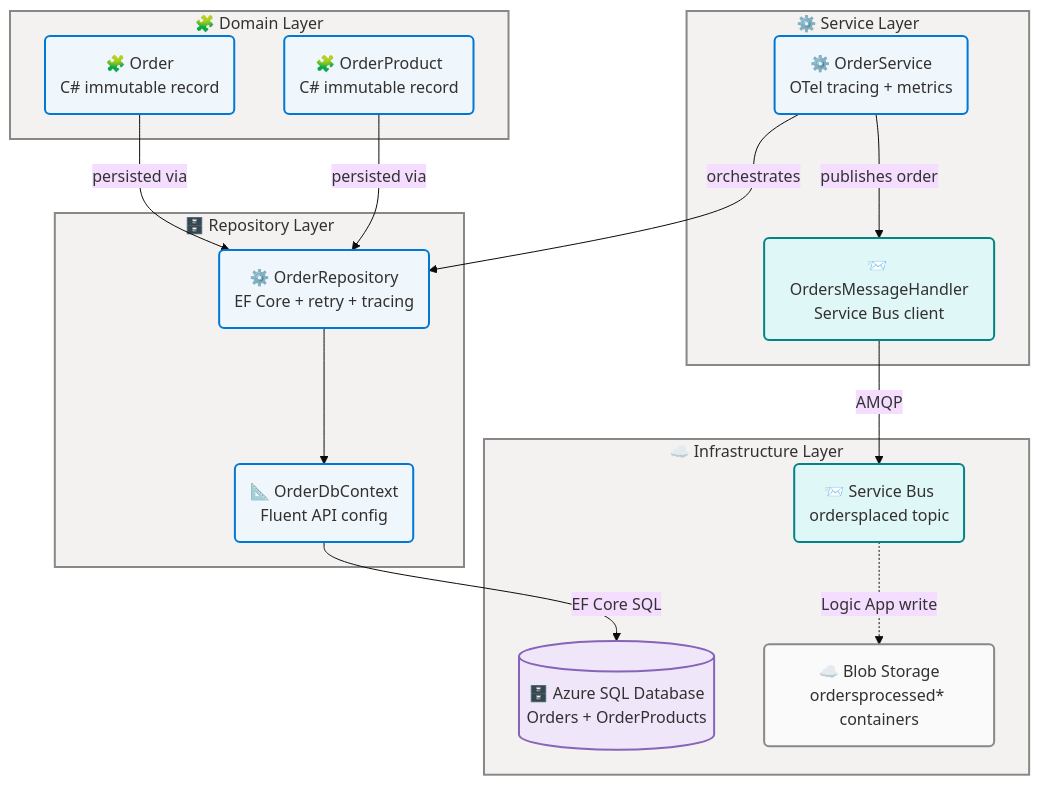
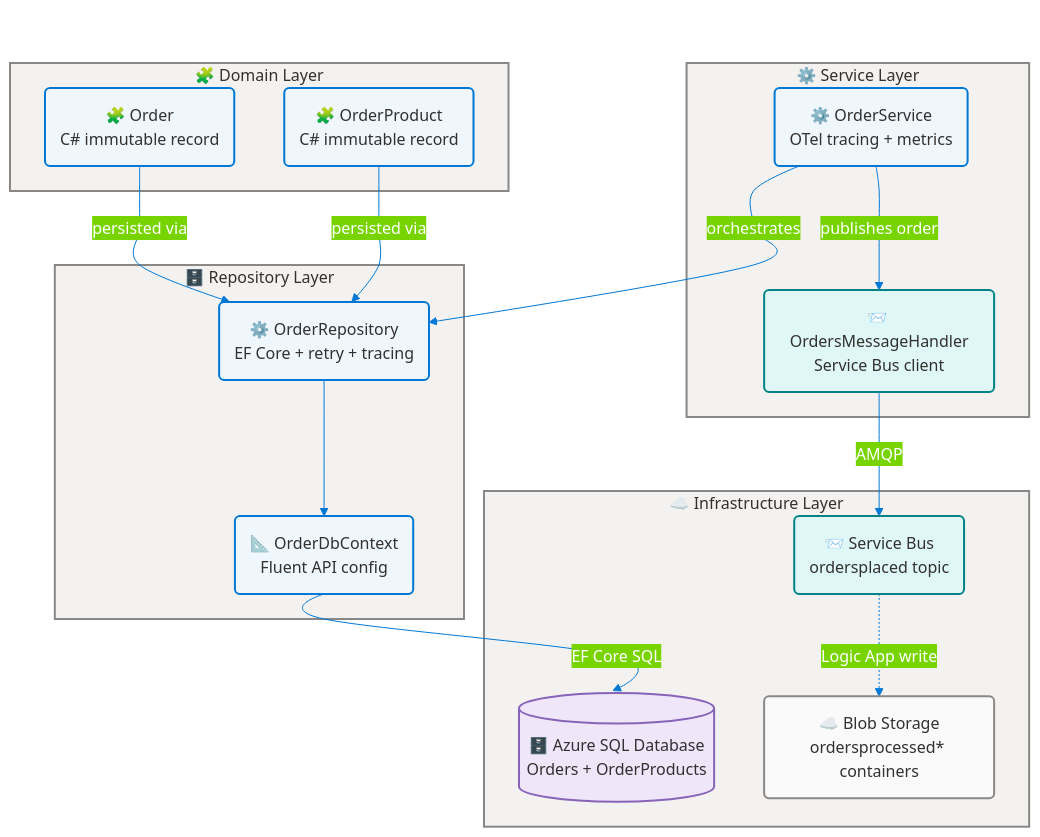
Before and after one commit to Evilazaro/Azure-LogicApps-Monitoring: the fourth of 7 diagrams in docs/architecture/data-architecture.md, drawn with Mermaid. The commit also changed other lines of this file, not shown here.

Commit message:
Enhance Mermaid diagrams with improved titles, styling, and curve settings for better clarity and consistency

````diff
--- a/docs/architecture/data-architecture.md
+++ b/docs/architecture/data-architecture.md
@@ -398,66 +416,72 @@
 ```mermaid
 ---
+title: eShop Orders Baseline Data Architecture Diagram
 config:
   theme: base
   look: classic
   layout: dagre
   themeVariables:
     fontSize: '16px'
+    primaryColor: '#0078D4'
+    primaryBorderColor: '#106EBE'
+    primaryTextColor: '#FFFFFF'
+    lineColor: '#0078D4'
   flowchart:
     htmlLabels: true
+    curve: cardinal
 ---
 flowchart TB
     accTitle: eShop Orders Baseline Data Architecture Diagram
     accDescr: Four-layer baseline architecture showing the Domain Layer with Order and OrderProduct records, the Repository Layer with OrderRepository and OrderDbContext, the Service Layer with OrderService and OrdersMessageHandler, and the Infrastructure Layer with Azure SQL Database, Service Bus, and Blob Storage.
 
     %% ═══════════════════════════════════════════════════════════════════════════
     %% AZURE / FLUENT ARCHITECTURE PATTERN v1.1
     %% (Semantic + Structural + Font + Accessibility Governance)
     %% ═══════════════════════════════════════════════════════════════════════════
     %% PHASE 1 - FLUENT UI: All styling uses approved Fluent UI palette only
     %% PHASE 2 - GROUPS: Every subgraph has semantic color via style directive
     %% PHASE 3 - COMPONENTS: Every node has semantic classDef + icon prefix
     %% PHASE 4 - ACCESSIBILITY: accTitle/accDescr present, WCAG AA contrast
     %% PHASE 5 - STANDARD: Governance block present, classDefs centralized
     %% ═══════════════════════════════════════════════════════════════════════════
 
     subgraph DomainLayer["🧩 Domain Layer"]
         OM("🧩 Order\nC# immutable record"):::core
         OPM("🧩 OrderProduct\nC# immutable record"):::core
     end
 
     subgraph RepoLayer["🗄️ Repository Layer"]
         OR("⚙️ OrderRepository\nEF Core + retry + tracing"):::core
         ODB("📐 OrderDbContext\nFluent API config"):::core
     end
 
     subgraph ServiceLayer["⚙️ Service Layer"]
         OS("⚙️ OrderService\nOTel tracing + metrics"):::core
         MH("📨 OrdersMessageHandler\nService Bus client"):::external
     end
 
     subgraph InfraLayer["☁️ Infrastructure Layer"]
         SQL[("🗄️ Azure SQL Database\nOrders + OrderProducts")]:::data
         SB("📨 Service Bus\nordersplaced topic"):::external
         BLOBS("☁️ Blob Storage\nordersprocessed* containers"):::neutral
     end
 
     OM -->|"persisted via"| OR
     OPM -->|"persisted via"| OR
     OR --> ODB
     ODB -->|"EF Core SQL"| SQL
     OS -->|"orchestrates"| OR
     OS -->|"publishes order"| MH
     MH -->|"AMQP"| SB
     SB -.->|"Logic App write"| BLOBS
 
     style DomainLayer fill:#F3F2F1,stroke:#8A8886,stroke-width:2px,color:#323130
     style RepoLayer fill:#F3F2F1,stroke:#8A8886,stroke-width:2px,color:#323130
     style ServiceLayer fill:#F3F2F1,stroke:#8A8886,stroke-width:2px,color:#323130
     style InfraLayer fill:#F3F2F1,stroke:#8A8886,stroke-width:2px,color:#323130
 
+    classDef neutral fill:#FAFAFA,stroke:#8A8886,stroke-width:2px,color:#323130
     classDef core fill:#EFF6FC,stroke:#0078D4,stroke-width:2px,color:#323130
     classDef data fill:#F0E6FA,stroke:#8764B8,stroke-width:2px,color:#323130
     classDef external fill:#E0F7F7,stroke:#038387,stroke-width:2px,color:#323130
-    classDef neutral fill:#FAFAFA,stroke:#8A8886,stroke-width:2px,color:#323130
 ```
````
